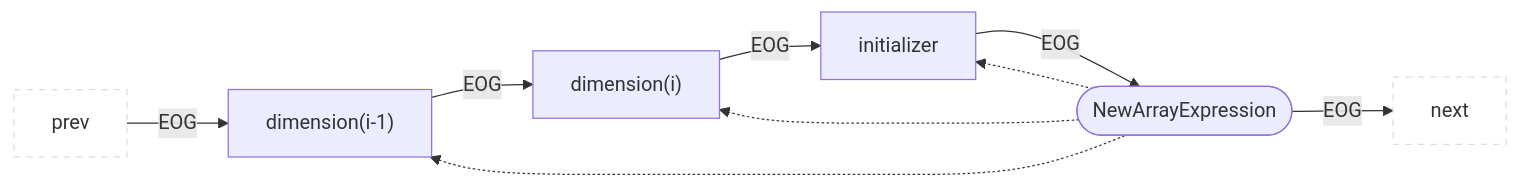
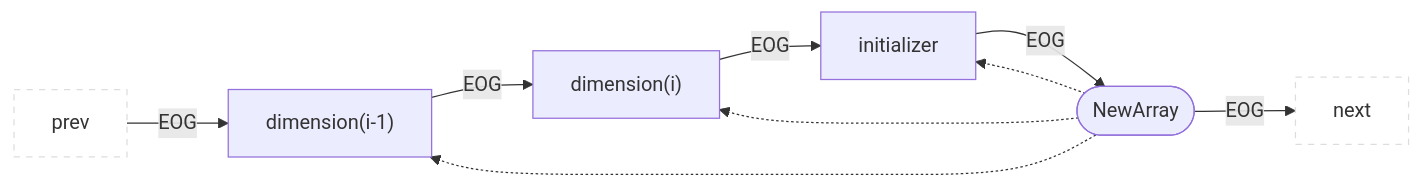
One commit to Fraunhofer-AISEC/cpg changed the ninth of 49 diagrams in docs/docs/CPG/specs/eog.md. Above: the diagram before and after it, drawn with Mermaid. The commit also changed other lines of this file and 219 other files, not shown here.

````diff
--- a/docs/docs/CPG/specs/eog.md
+++ b/docs/docs/CPG/specs/eog.md
@@ -199,12 +199,12 @@
 ```mermaid
 flowchart LR
   classDef outer fill:#fff,stroke:#ddd,stroke-dasharray:5 5;
   prev:::outer --EOG--> child1["dimension(i-1)"]
   child1 --EOG--> child2["dimension(i)"]
   child2 --EOG--> initializer
-  parent(["NewArrayExpression"]) --EOG--> next:::outer
+  parent(["NewArray"]) --EOG--> next:::outer
   parent -.-> child1
   parent -.-> child2
   parent -.-> initializer
   initializer --EOG--> parent
 ```
````
